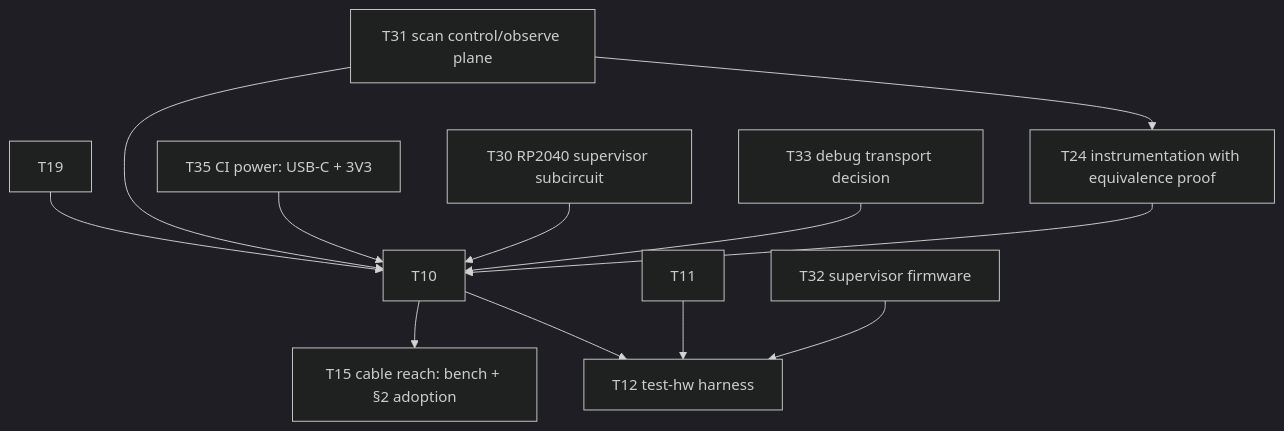
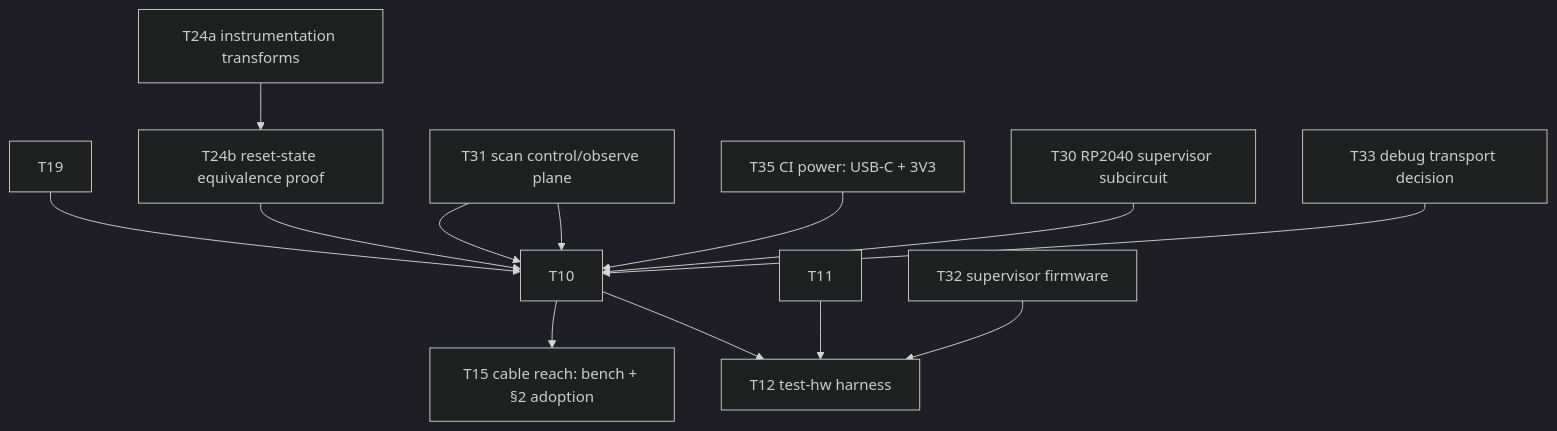
The diagram in KANBAN.md (kristofferkoch/oparroy), drawn with Mermaid (dark theme) before and after one commit. The commit also changed other lines of this file, not shown here.

First line of the commit message:
kanban: split T24 into transforms (T24a) and equivalence proof (T24b)

````diff
--- a/KANBAN.md
+++ b/KANBAN.md
@@ -34,14 +34,15 @@
 ```mermaid
 graph TD
     T19 --> T10
-    T24[T24 instrumentation with equivalence proof] --> T10
-    T31[T31 scan control/observe plane] --> T24
+    T24a[T24a instrumentation transforms] --> T24b[T24b reset-state equivalence proof]
+    T24b --> T10
+    T31[T31 scan control/observe plane] --> T10
     T35[T35 CI power: USB-C + 3V3] --> T10
     T30[T30 RP2040 supervisor subcircuit] --> T10
     T31 --> T10
     T33[T33 debug transport decision] --> T10
     T10 --> T12[T12 test-hw harness]
     T10 --> T15[T15 cable reach: bench + §2 adoption]
     T11 --> T12
     T32[T32 supervisor firmware] --> T12
 ```
````
